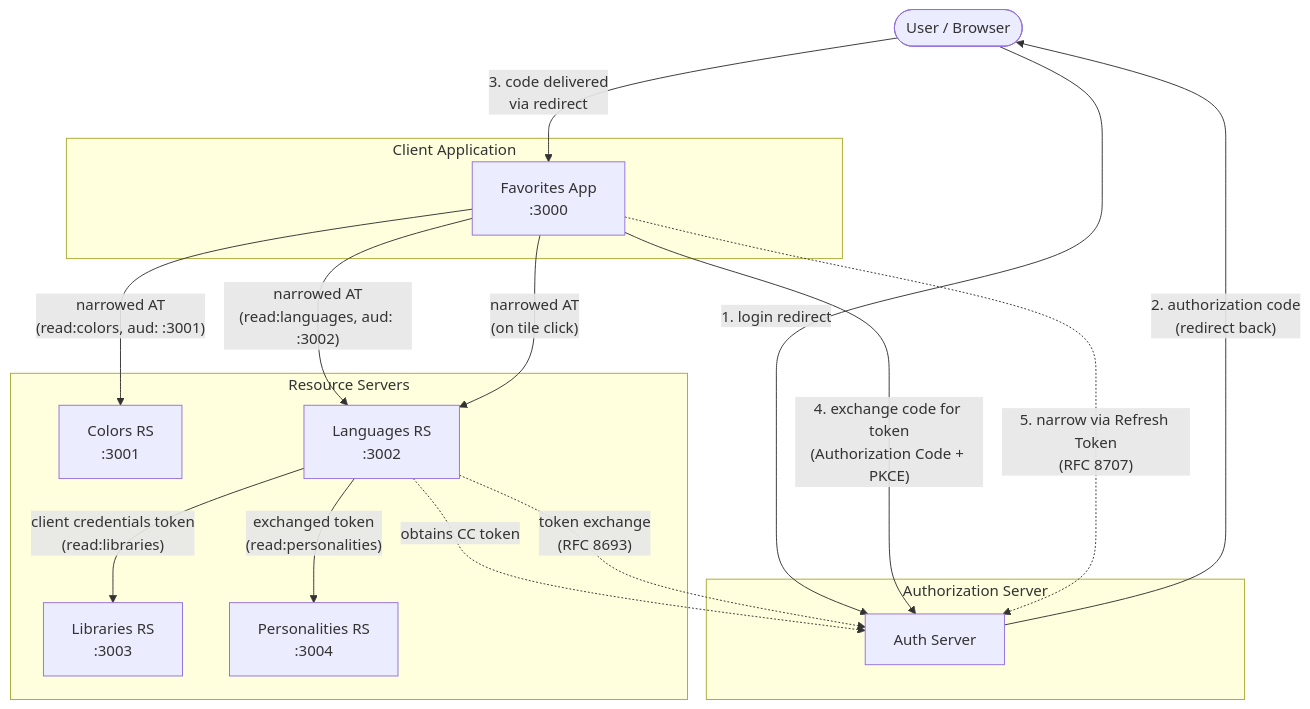
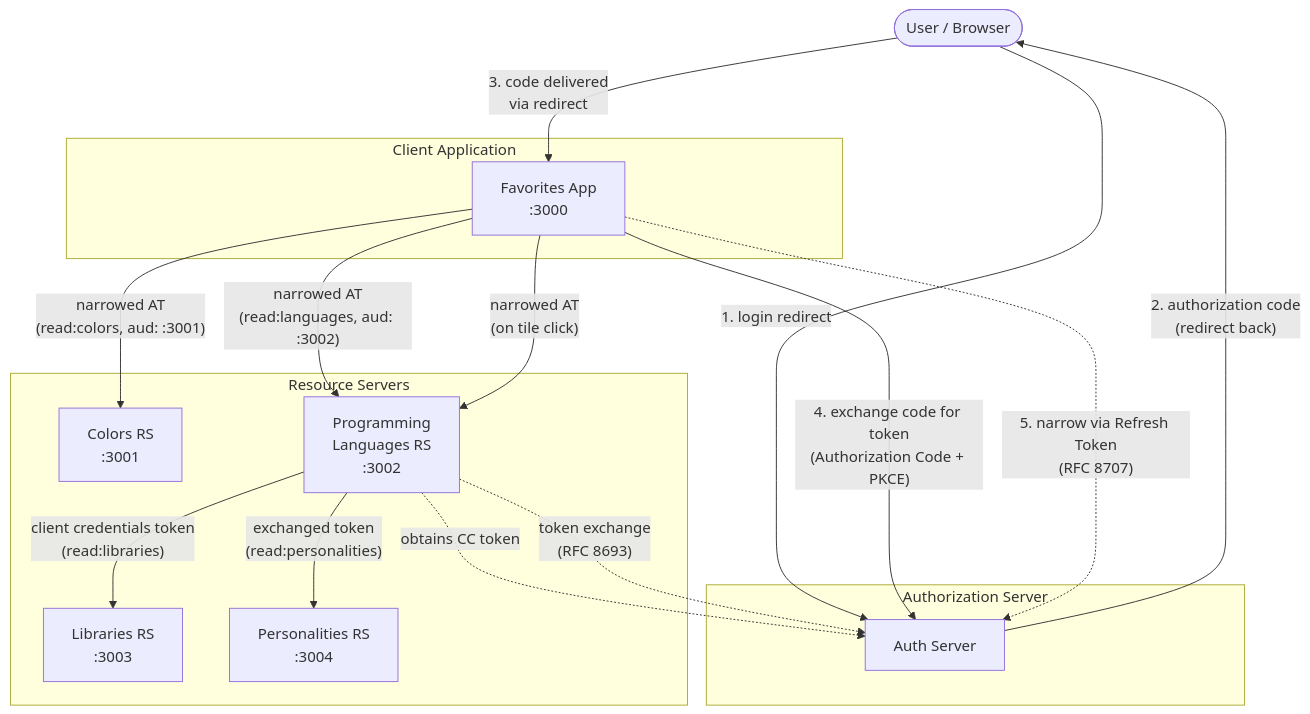
Before and after one commit to mkrauskopf/martinovo-auth: the diagram in oauth/README.md, drawn with Mermaid. The commit also changed other lines of this file, not shown here.

Commit message:
minor: s/Languages/Programming Languages

````diff
--- a/oauth/README.md
+++ b/oauth/README.md
@@ -38,35 +38,35 @@
 ```mermaid
 graph TB
     User([User / Browser])
 
     subgraph "Client Application"
         FA["Favorites App<br/>:3000"]
     end
 
     subgraph "Authorization Server"
         AS["Auth Server<br/>"]
     end
 
     subgraph "Resource Servers"
         CR["Colors RS<br/>:3001"]
-        LR["Languages RS<br/>:3002"]
+        LR["Programming<br/>Languages RS<br/>:3002"]
         BR["Libraries RS<br/>:3003"]
         PR["Personalities RS<br/>:3004"]
     end
 
     User -- "1. login redirect" --> AS
     AS -- "2. authorization code<br/>(redirect back)" --> User
     User -- "3. code delivered<br/>via redirect" --> FA
     FA -- "4. exchange code for token<br/>(Authorization Code + PKCE)" --> AS
     FA -. "5. narrow via Refresh Token<br/>(RFC 8707)" .-> AS
 
     FA -- "narrowed AT<br/>(read:colors, aud: :3001)" --> CR
     FA -- "narrowed AT<br/>(read:languages, aud: :3002)" --> LR
     FA -- "narrowed AT<br/>(on tile click)" --> LR
 
     LR -- "client credentials token<br/>(read:libraries)" --> BR
     LR -. "obtains CC token" .-> AS
 
     LR -- "exchanged token<br/>(read:personalities)" --> PR
     LR -. "token exchange<br/>(RFC 8693)" .-> AS
 ```
````
